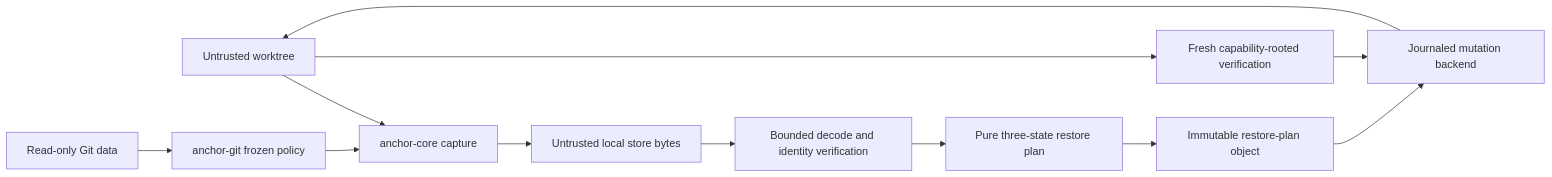
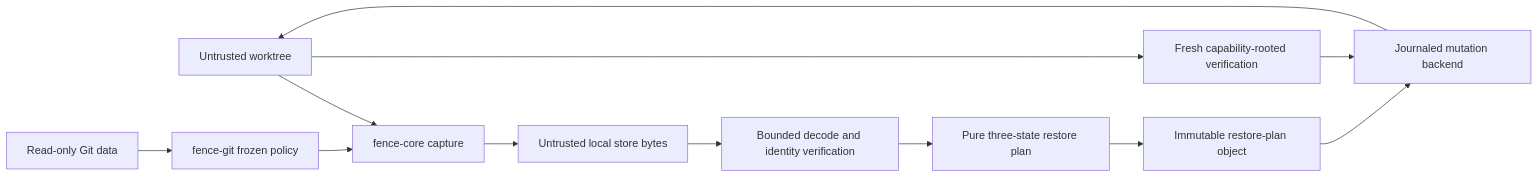
The first of 2 diagrams in docs/audit-guide.md (22elix3r/Anchor), drawn with Mermaid before and after one commit. The commit also changed other lines of this file and 91 other files, not shown here.

Commit message:
refactor: rename Anchor to Fence

````diff
--- a/docs/audit-guide.md
+++ b/docs/audit-guide.md
@@ -10,14 +10,14 @@
 ```mermaid
 flowchart LR
-    WT[Untrusted worktree] --> CAP[anchor-core capture]
-    GIT[Read-only Git data] --> POLICY[anchor-git frozen policy]
+    WT[Untrusted worktree] --> CAP[fence-core capture]
+    GIT[Read-only Git data] --> POLICY[fence-git frozen policy]
     POLICY --> CAP
     CAP --> STORE[Untrusted local store bytes]
     STORE --> DECODE[Bounded decode and identity verification]
     DECODE --> PLAN[Pure three-state restore plan]
     PLAN --> RECORD[Immutable restore-plan object]
     RECORD --> MUTATE[Journaled mutation backend]
     WT --> VERIFY[Fresh capability-rooted verification]
     VERIFY --> MUTATE
     MUTATE --> WT
 ```
````
